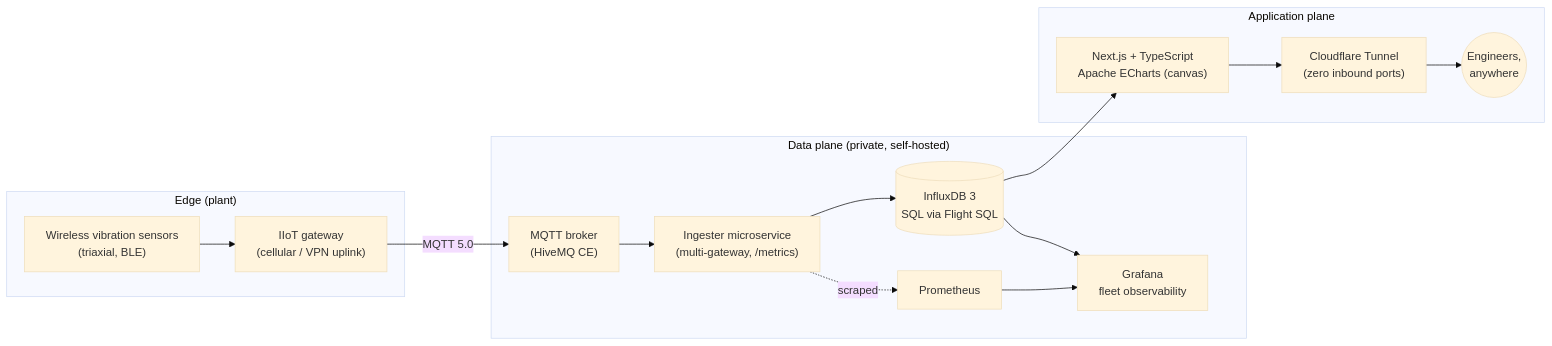
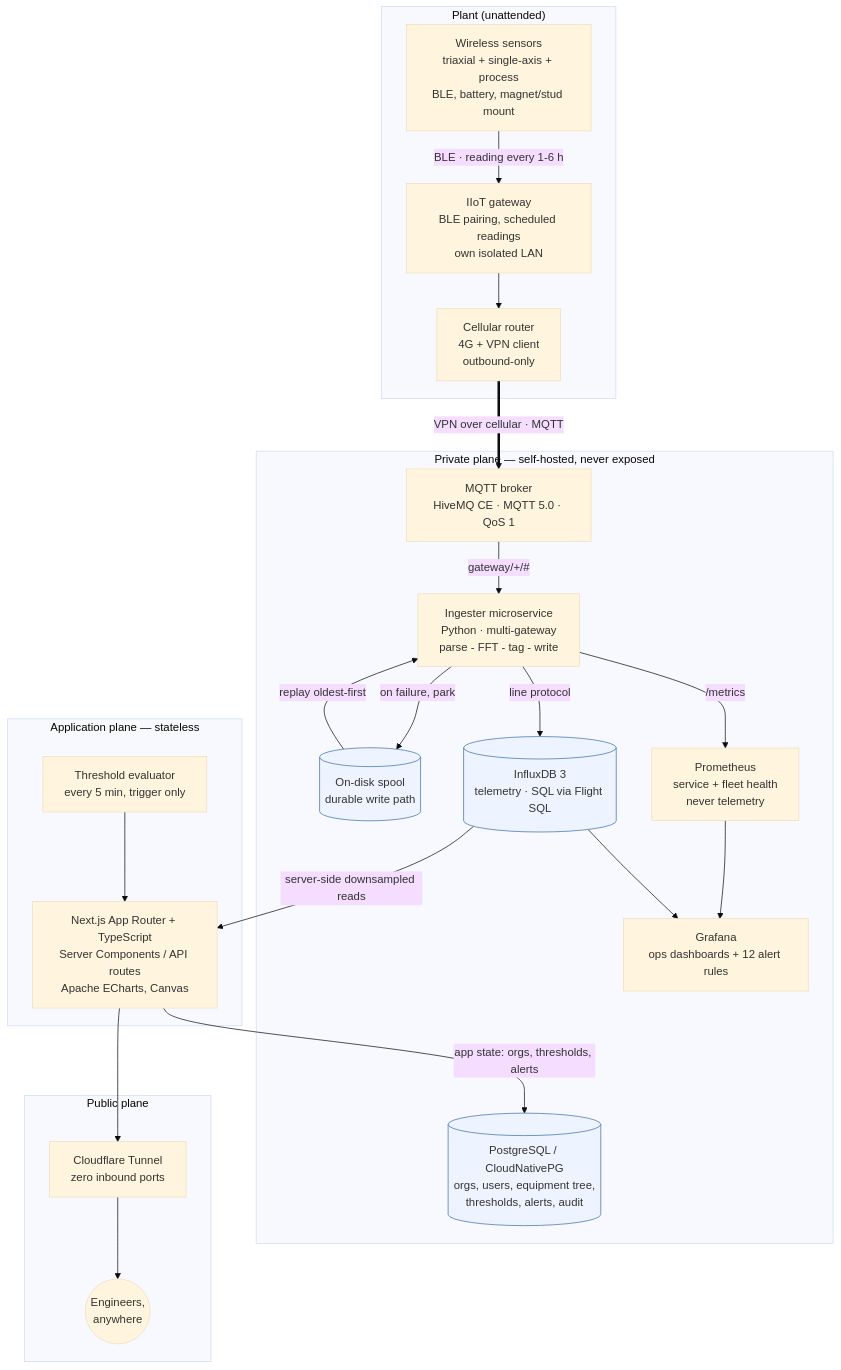
The first of 4 diagrams in README.md (jacedeno/spectra-io-showcase), drawn with Mermaid (base theme) before and after one commit. The commit also changed other lines of this file, not shown here.

First line of the commit message:
Rewrite the showcase as a technical engineering write-up

````diff
--- a/README.md
+++ b/README.md
@@ -47,21 +49,47 @@
 ```mermaid
-flowchart LR
-    subgraph Edge["Edge (plant)"]
-        S["Wireless vibration sensors<br/>(triaxial, BLE)"] --> GW["IIoT gateway<br/>(cellular / VPN uplink)"]
-    end
+flowchart TB
+  subgraph SITE["Plant (unattended)"]
+    S["Wireless sensors<br/>triaxial + single-axis + process<br/>BLE, battery, magnet/stud mount"]
+    GW["IIoT gateway<br/>BLE pairing, scheduled readings<br/>own isolated LAN"]
+    BOX["Cellular router<br/>4G + VPN client<br/>outbound-only"]
+    S -- "BLE · reading every 1-6 h" --> GW
+    GW --> BOX
+  end
 
-    subgraph Data["Data plane (private, self-hosted)"]
-        GW -- "MQTT 5.0" --> MQ["MQTT broker<br/>(HiveMQ CE)"]
-        MQ --> ING["Ingester microservice<br/>(multi-gateway, /metrics)"]
-        ING --> DB[("InfluxDB 3<br/>SQL via Flight SQL")]
-        DB --> GRAF["Grafana<br/>fleet observability"]
-        PROM["Prometheus"] --> GRAF
-        ING -. scraped .-> PROM
-    end
+  subgraph PRIV["Private plane — self-hosted, never exposed"]
+    MQ["MQTT broker<br/>HiveMQ CE · MQTT 5.0 · QoS 1"]
+    ING["Ingester microservice<br/>Python · multi-gateway<br/>parse - FFT - tag - write"]
+    SPOOL[("On-disk spool<br/>durable write path")]
+    DB[("InfluxDB 3<br/>telemetry · SQL via Flight SQL")]
+    PG[("PostgreSQL / CloudNativePG<br/>orgs, users, equipment tree,<br/>thresholds, alerts, audit")]
+    PROM["Prometheus<br/>service + fleet health<br/>never telemetry"]
+    GRAF["Grafana<br/>ops dashboards + 12 alert rules"]
 
-    subgraph App["Application plane"]
-        DB --> WEB["Next.js + TypeScript<br/>Apache ECharts (canvas)"]
-        WEB --> CF["Cloudflare Tunnel<br/>(zero inbound ports)"]
-        CF --> U(("Engineers,<br/>anywhere"))
-    end
+    MQ -- "gateway/+/#" --> ING
+    ING -- "on failure, park" --> SPOOL
+    SPOOL -- "replay oldest-first" --> ING
+    ING -- "line protocol" --> DB
+    ING -- "/metrics" --> PROM
+    PROM --> GRAF
+    DB --> GRAF
+  end
+
+  subgraph APP["Application plane — stateless"]
+    WEB["Next.js App Router + TypeScript<br/>Server Components / API routes<br/>Apache ECharts, Canvas"]
+    CRON["Threshold evaluator<br/>every 5 min, trigger only"]
+    CRON --> WEB
+  end
+
+  subgraph PUB["Public plane"]
+    CF["Cloudflare Tunnel<br/>zero inbound ports"]
+    U(("Engineers,<br/>anywhere"))
+  end
+
+  BOX == "VPN over cellular · MQTT" ==> MQ
+  DB -- "server-side downsampled reads" --> WEB
+  WEB -- "app state: orgs, thresholds, alerts" --> PG
+  WEB --> CF --> U
+
+  classDef store fill:#eef4ff,stroke:#3b6ea8;
+  class DB,PG,SPOOL store
 ```
````
